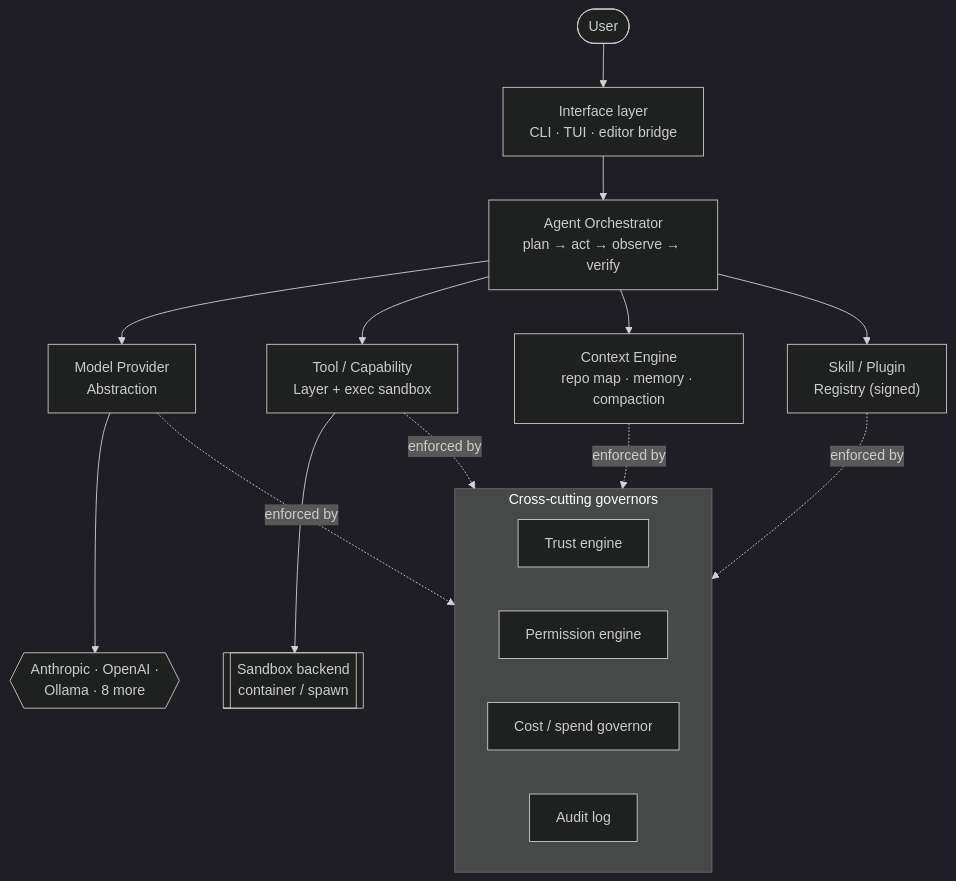
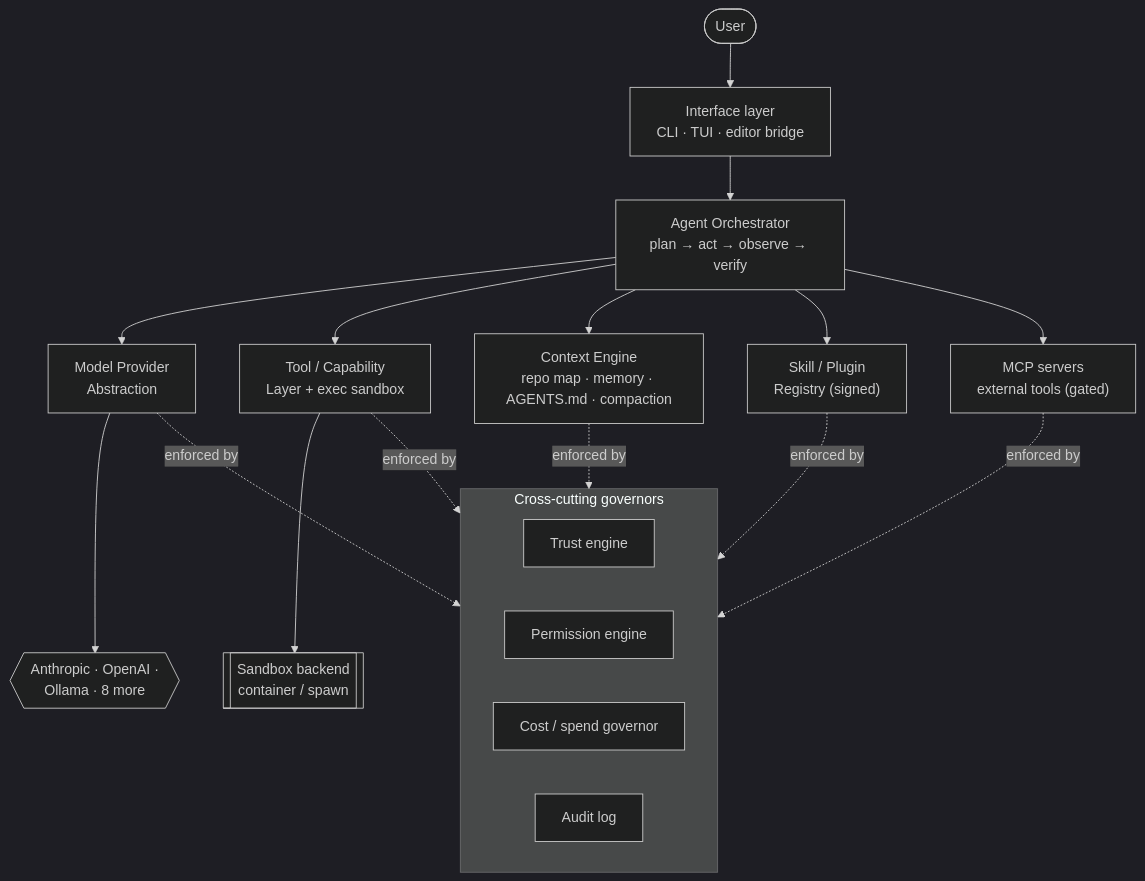
Before and after one commit to riz007/larb: the first of 7 diagrams in website/architecture.md, drawn with Mermaid (dark theme). The commit also changed other lines of this file and 2 other files, not shown here.

````diff
--- a/website/architecture.md
+++ b/website/architecture.md
@@ -14,26 +14,28 @@
 ```mermaid
 flowchart TD
     U([User]) --> IF["Interface layer<br/>CLI · TUI · editor bridge"]
     IF --> ORCH["Agent Orchestrator<br/>plan → act → observe → verify"]
 
     ORCH --> MP["Model Provider<br/>Abstraction"]
     ORCH --> TL["Tool / Capability<br/>Layer + exec sandbox"]
-    ORCH --> CE["Context Engine<br/>repo map · memory · compaction"]
+    ORCH --> CE["Context Engine<br/>repo map · memory · AGENTS.md · compaction"]
     ORCH --> SK["Skill / Plugin<br/>Registry (signed)"]
+    ORCH --> MC["MCP servers<br/>external tools (gated)"]
 
     subgraph GOV["Cross-cutting governors"]
       direction LR
       TR["Trust engine"]
       PE["Permission engine"]
       CG["Cost / spend governor"]
       AL["Audit log"]
     end
 
     MP -.enforced by.-> GOV
     TL -.enforced by.-> GOV
     CE -.enforced by.-> GOV
     SK -.enforced by.-> GOV
+    MC -.enforced by.-> GOV
 
     MP --> PR{{"Anthropic · OpenAI ·<br/>Ollama · 8 more"}}
     TL --> SB[["Sandbox backend<br/>container / spawn"]]
 ```
````
